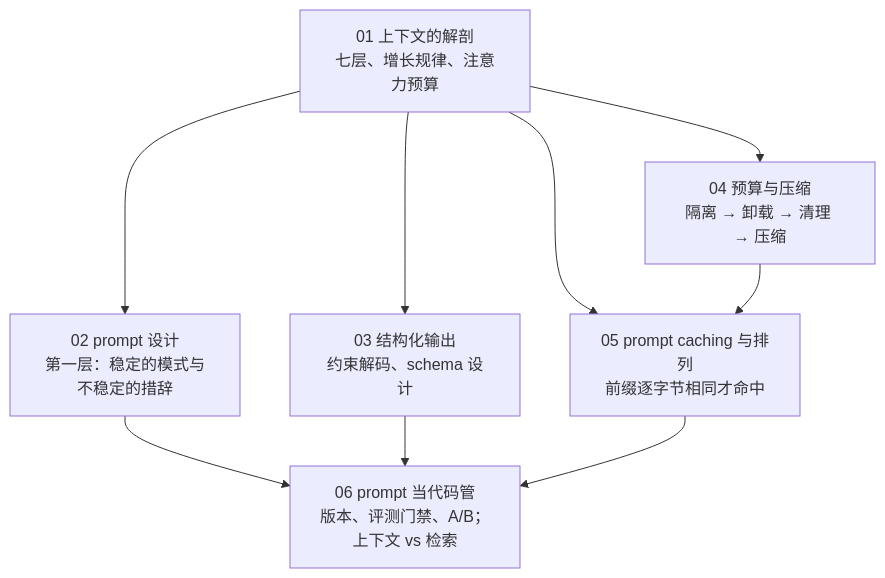
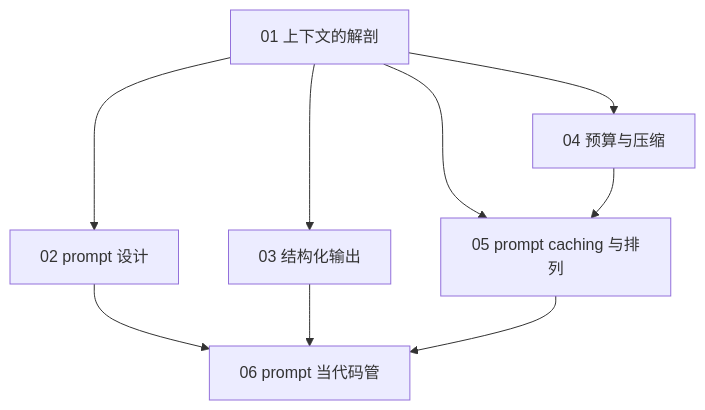
One commit to arganzheng/arganzheng.github.com changed the first of 5 diagrams in slides/2026-10-11-context-engineering.md. Above: the diagram before and after it, drawn with Mermaid. The commit also changed other lines of this file, not shown here.

Commit message:
slides(2026-10-11-context-engineering): 图内文字 ≥14px——标签缩短/拆分/Unicode 数学

````diff
--- a/slides/2026-10-11-context-engineering.md
+++ b/slides/2026-10-11-context-engineering.md
@@ -26,9 +26,9 @@
 ```mermaid
 %%{init: {"flowchart": {"wrappingWidth": 170}}}%%
 flowchart TB
-    X1["01 上下文的解剖<br/>七层、增长规律、注意力预算"] --> X2["02 prompt 设计<br/>第一层：稳定的模式与不稳定的措辞"]
-    X1 --> X3["03 结构化输出<br/>约束解码、schema 设计"]
-    X1 --> X4["04 预算与压缩<br/>隔离 → 卸载 → 清理 → 压缩"]
-    X1 & X4 --> X5["05 prompt caching 与排列<br/>前缀逐字节相同才命中"]
-    X2 & X3 & X5 --> X6["06 prompt 当代码管<br/>版本、评测门禁、A/B；上下文 vs 检索"]
+    X1["01 上下文的解剖"] --> X2["02 prompt 设计"]
+    X1 --> X3["03 结构化输出"]
+    X1 --> X4["04 预算与压缩"]
+    X1 & X4 --> X5["05 prompt caching 与排列"]
+    X2 & X3 & X5 --> X6["06 prompt 当代码管"]
 ```
````
